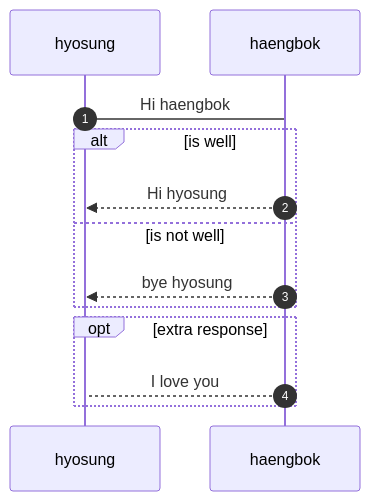
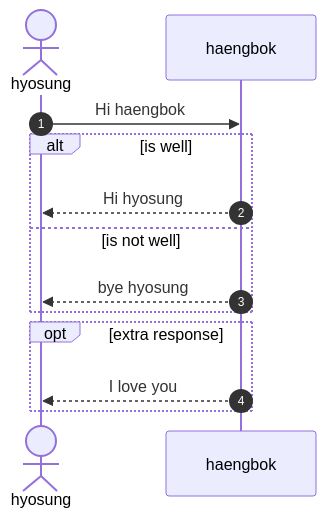
One commit to hyosyung/hyosyung changed the diagram in README.md. Above: the diagram before and after it, drawn with Mermaid.

````diff
--- a/README.md
+++ b/README.md
@@ -13,13 +13,14 @@
 ```mermaid
 sequenceDiagram
 autonumber
-hyosung -> haengbok : Hi haengbok
+actor hyosung
+hyosung ->> haengbok : Hi haengbok
 alt is well
 haengbok -->> hyosung : Hi hyosung
 else is not well
 haengbok -->> hyosung : bye hyosung
 end
 opt extra response
-haengbok --> hyosung : I love you
+haengbok -->> hyosung : I love you
 end
 ```
````
